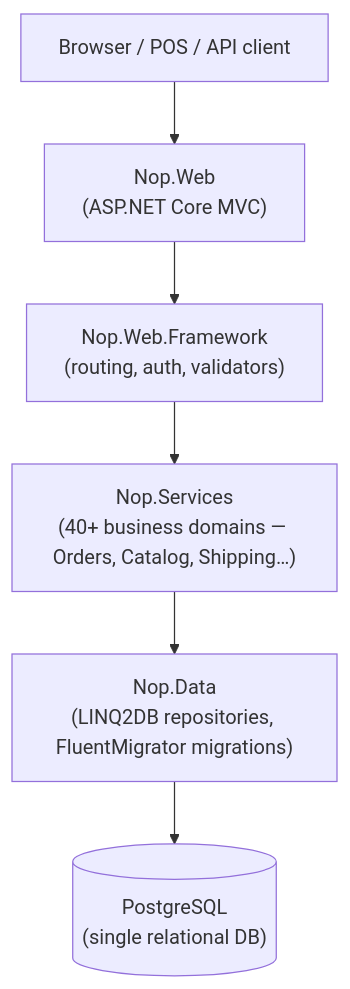
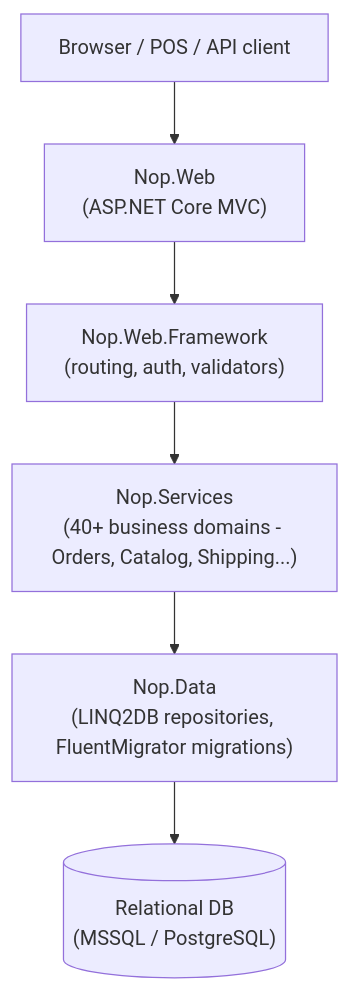
The first of 11 diagrams in docs/architecture-report.md (AS-Assignment2/AS-2-NopCommerce), drawn with Mermaid before and after one commit. The commit also changed other lines of this file and 24 other files, not shown here.

````diff
--- a/docs/architecture-report.md
+++ b/docs/architecture-report.md
@@ -114,15 +126,15 @@
 ```mermaid
 graph TD
     Client["Browser / POS / API client"]
     Web["Nop.Web\n(ASP.NET Core MVC)"]
     Framework["Nop.Web.Framework\n(routing, auth, validators)"]
-    Services["Nop.Services\n(40+ business domains — Orders, Catalog, Shipping…)"]
+    Services["Nop.Services\n(40+ business domains - Orders, Catalog, Shipping...)"]
     Data["Nop.Data\n(LINQ2DB repositories, FluentMigrator migrations)"]
-    DB[("PostgreSQL\n(single relational DB)")]
+    DB[("Relational DB\n(MSSQL / PostgreSQL)")]
 
     Client --> Web
     Web --> Framework
     Framework --> Services
     Services --> Data
     Data --> DB
 ```
````
